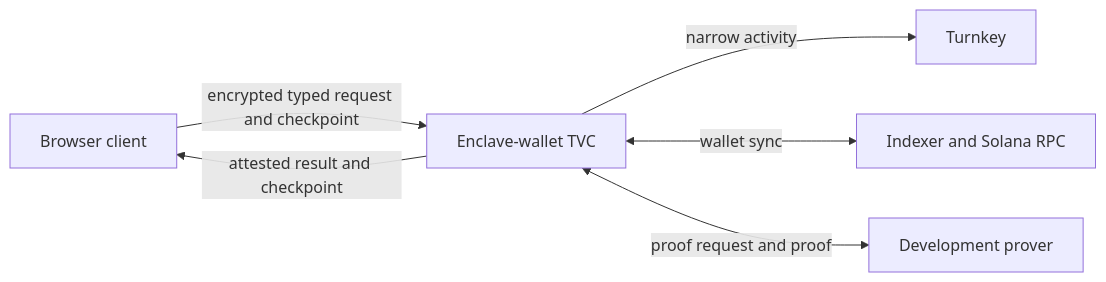
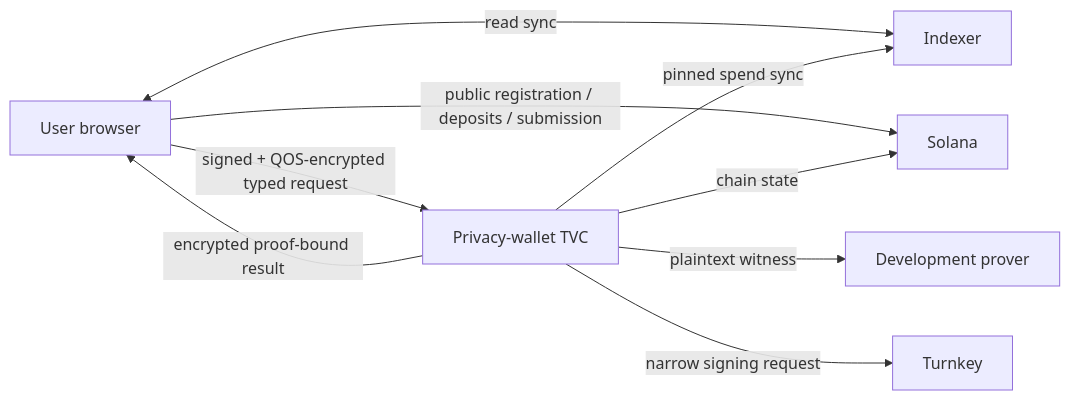
Before and after one commit to helius-labs/zolana-tvc: the diagram in docs/architecture.md, drawn with Mermaid. The commit also changed other lines of this file and 139 other files, not shown here.

Commit message:
refactor: make privacy wallet the primary TVC profile

````diff
--- a/docs/architecture.md
+++ b/docs/architecture.md
@@ -70,14 +8,18 @@
 ```mermaid
 flowchart LR
-    C[Browser client]
-    T[Enclave-wallet TVC]
+    U[User browser]
+    T[Privacy-wallet TVC]
     K[Turnkey]
-    Z[Indexer and Solana RPC]
+    I[Indexer]
     P[Development prover]
+    S[Solana]
 
-    C -->|encrypted typed request and checkpoint| T
-    T -->|narrow activity| K
-    T <-->|wallet sync| Z
-    T <-->|proof request and proof| P
-    T -->|attested result and checkpoint| C
+    U -->|signed + QOS-encrypted typed request| T
+    T -->|encrypted proof-bound result| U
+    U <-->|read sync| I
+    U -->|public registration / deposits / submission| S
+    T -->|pinned spend sync| I
+    T -->|chain state| S
+    T -->|plaintext witness| P
+    T -->|narrow signing request| K
 ```
````
